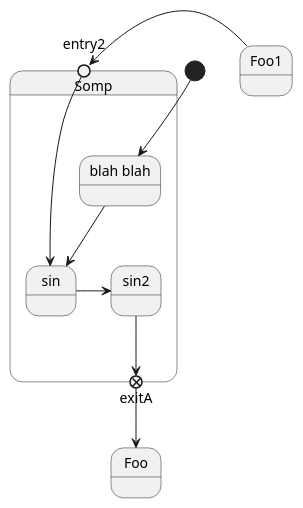
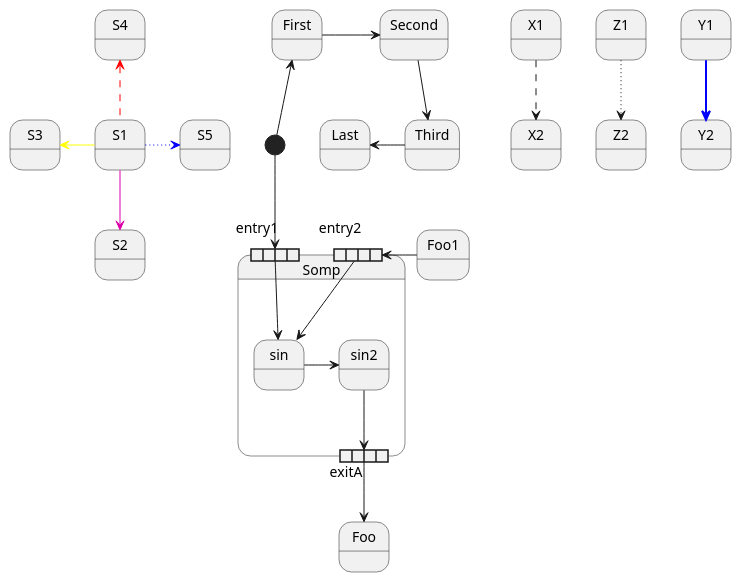
Before and after one commit to StateSmith/StateSmith: the diagram in antlr/puml_test_input_1.puml, drawn with PlantUML. The commit also changed 7 other files, not shown here.

Commit message:
plantuml - grammar parsing fancy edges and `State`

```diff
--- a/antlr/puml_test_input_1.puml
+++ b/antlr/puml_test_input_1.puml
@@ -1,17 +1,35 @@
 @startuml
+
+[*] -up-> First
+First -right-> Second
+Second --> Third
+Third -left-> Last
+
+State S1
+State S2
+S1 -[#DD00AA]-> S2
+S1 -left[#yellow]-> S3
+S1 -up[#red,dashed]-> S4
+S1 -right[dotted,#blue]-> S5
+
+X1 -[dashed]-> X2
+Z1 -[dotted]-> Z2
+Y1 -[#blue,bold]-> Y2
+
+
 state Somp {
-  state "blah blah" as entry1 <<state>> {
-
-  }
-  state entry2 <<entryPoint>>
+  state entry1 <<expansionInput>>
+  state entry2 <<expansionInput>>
   state sin
   entry1 --> sin
   entry2 -> sin
   sin -> sin2
-  sin2 --> exitA <<exitPoint>>
+  sin2 --> exitA <<expansionOutput>>
 }
 
 [*] --> entry1
 exitA --> Foo
 Foo1 -> entry2
+
+
 @enduml
```
